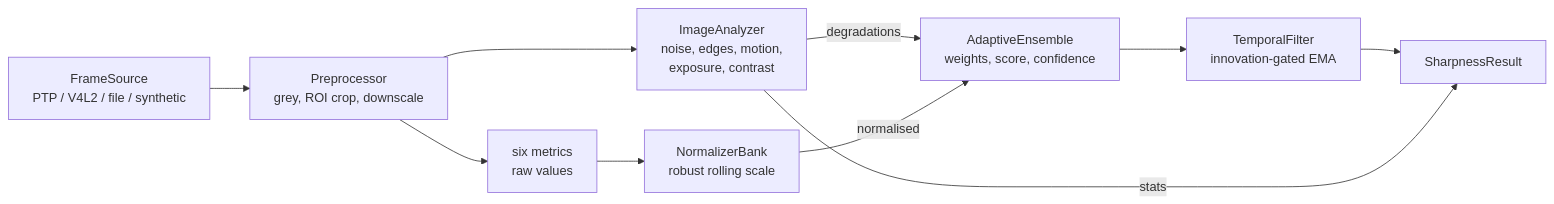
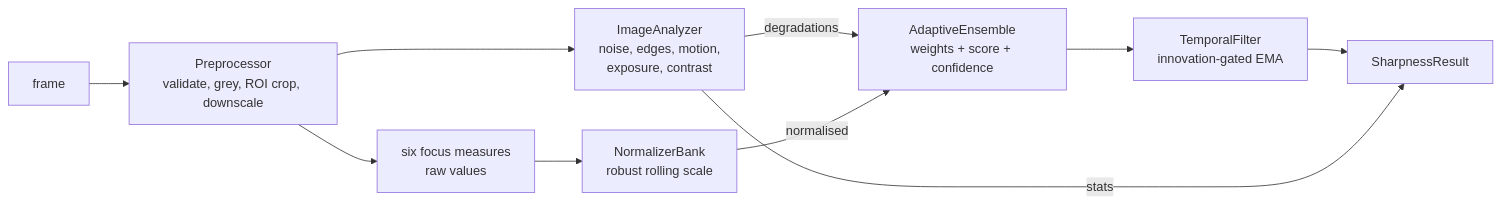
The diagram in README.md (RE22GDV/adaptive-sharpness), drawn with Mermaid before and after one commit. The commit also changed other lines of this file and 8 other files, not shown here.

````diff
--- a/README.md
+++ b/README.md
@@ -172,12 +276,12 @@
 ```mermaid
 flowchart LR
-    A[FrameSource<br/>PTP / V4L2 / file / synthetic] --> B[Preprocessor<br/>grey, ROI crop, downscale]
-    B --> C[ImageAnalyzer<br/>noise, edges, motion,<br/>exposure, contrast]
-    B --> D[six metrics<br/>raw values]
+    B[frame] --> P[Preprocessor<br/>validate, grey, ROI crop, downscale]
+    P --> C[ImageAnalyzer<br/>noise, edges, motion,<br/>exposure, contrast]
+    P --> D[six focus measures<br/>raw values]
     D --> E[NormalizerBank<br/>robust rolling scale]
     C -->|degradations| F
-    E -->|normalised| F[AdaptiveEnsemble<br/>weights, score, confidence]
+    E -->|normalised| F[AdaptiveEnsemble<br/>weights + score + confidence]
     F --> G[TemporalFilter<br/>innovation-gated EMA]
     G --> H[SharpnessResult]
     C -->|stats| H
 ```
````
